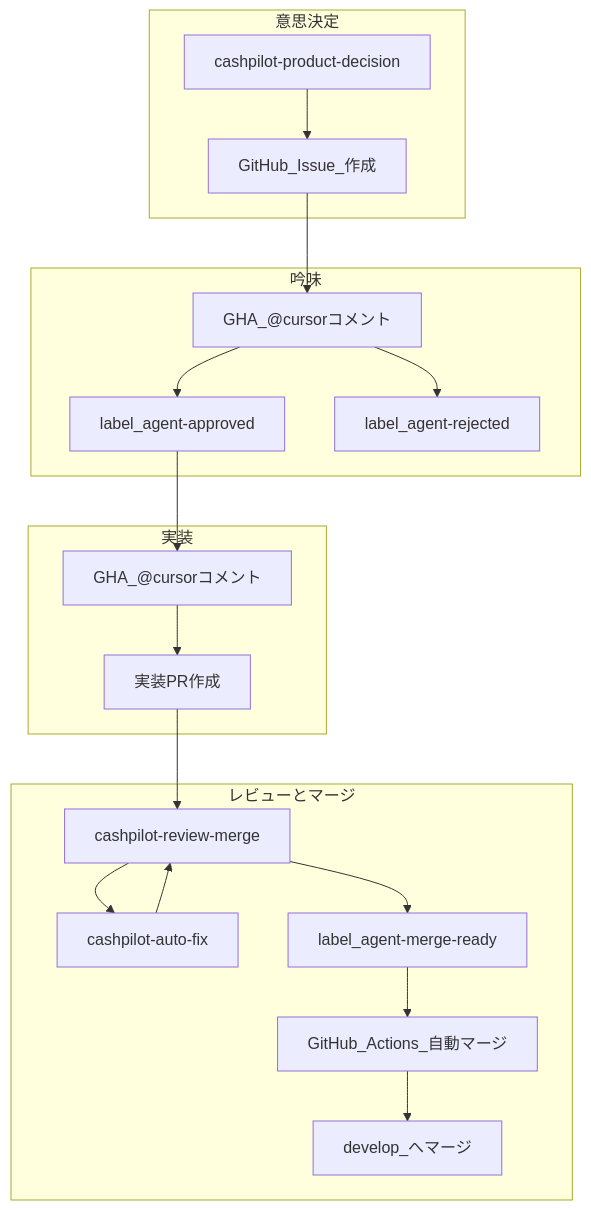
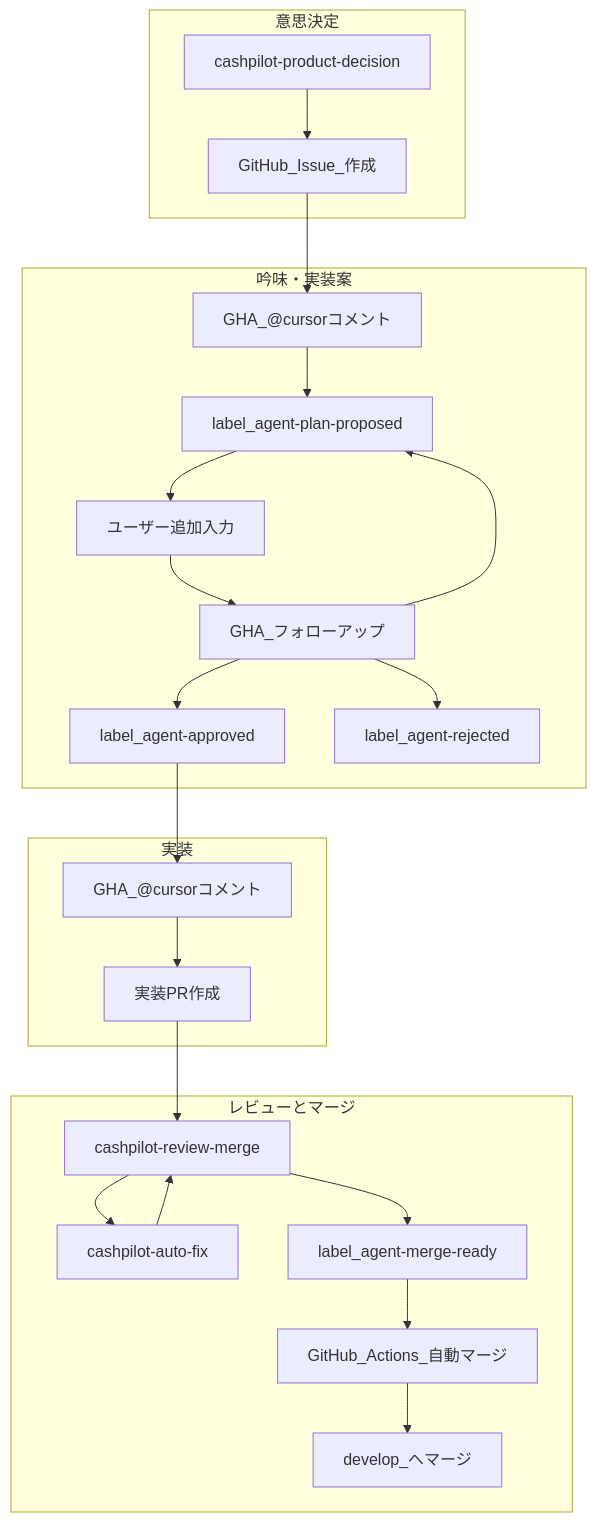
One commit to shohei-inoue/cashpilot changed the diagram in docs/cursor-automations/autonomous-org.md. Above: the diagram before and after it, drawn with Mermaid. The commit also changed other lines of this file and 7 other files, not shown here.

````diff
--- a/docs/cursor-automations/autonomous-org.md
+++ b/docs/cursor-automations/autonomous-org.md
@@ -8,31 +8,35 @@
 ```mermaid
 flowchart TB
     subgraph decision [意思決定]
         PD["cashpilot-product-decision"]
         PD --> Issue["GitHub_Issue_作成"]
     end
 
-    subgraph deliberation [吟味]
+    subgraph deliberation [吟味・実装案]
         GHA_DL["GHA_@cursorコメント"]
         Issue --> GHA_DL
-        GHA_DL --> LabelApproved["label_agent-approved"]
-        GHA_DL --> LabelRejected["label_agent-rejected"]
+        GHA_DL --> LabelPlan["label_agent-plan-proposed"]
+        LabelPlan --> UserInput["ユーザー追加入力"]
+        UserInput --> GHA_FU["GHA_フォローアップ"]
+        GHA_FU --> LabelApproved["label_agent-approved"]
+        GHA_FU --> LabelPlan
+        GHA_FU --> LabelRejected["label_agent-rejected"]
     end
 
     subgraph implementation [実装]
         GHA_IM["GHA_@cursorコメント"]
         LabelApproved --> GHA_IM
         GHA_IM --> PR["実装PR作成"]
     end
 
     subgraph reviewMerge [レビューとマージ]
         RM["cashpilot-review-merge"]
         AF["cashpilot-auto-fix"]
         PR --> RM
         RM --> AF
         AF --> RM
         RM --> MergeReady["label_agent-merge-ready"]
         MergeReady --> GHA["GitHub_Actions_自動マージ"]
         GHA --> Develop["develop_へマージ"]
     end
 ```
````
